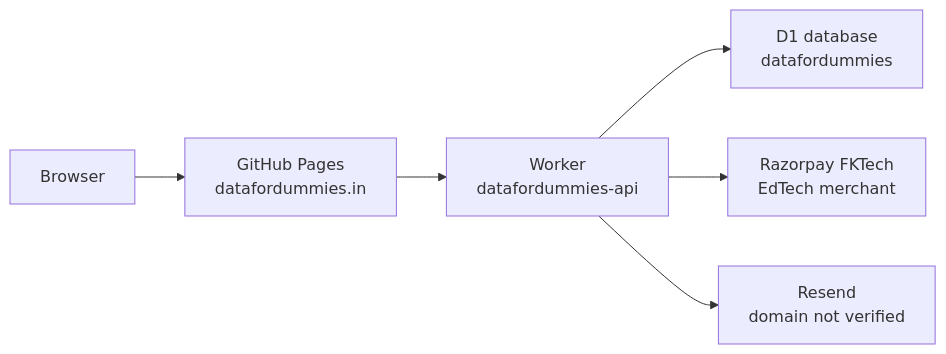
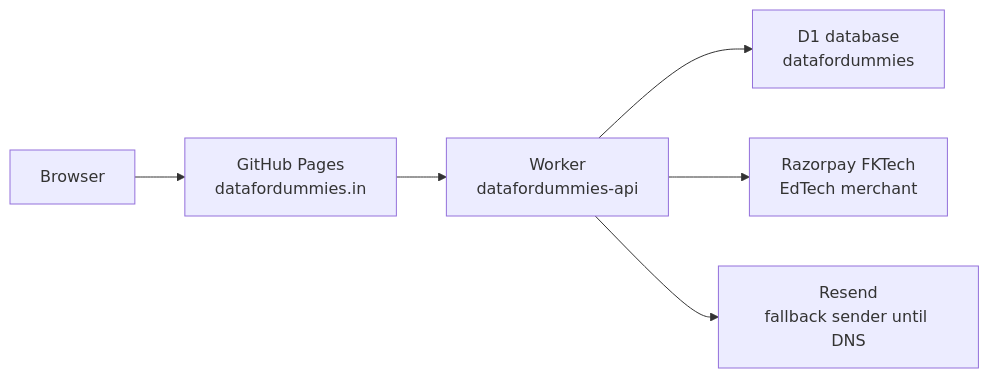
Before and after one commit to fkhambaty/datafordummies: the diagram in ARCHITECTURE.md, drawn with Mermaid. The commit also changed other lines of this file and 11 other files, not shown here.

````diff
--- a/ARCHITECTURE.md
+++ b/ARCHITECTURE.md
@@ -30,14 +30,14 @@
 ```mermaid
 flowchart LR
   browser[Browser]
   pages["GitHub Pages<br/>datafordummies.in"]
   worker["Worker<br/>datafordummies-api"]
   d1["D1 database<br/>datafordummies"]
   razor["Razorpay FKTech<br/>EdTech merchant"]
-  mail["Resend<br/>domain not verified"]
+  mail["Resend<br/>fallback sender until DNS"]
   browser --> pages
   pages --> worker
   worker --> d1
   worker --> razor
   worker --> mail
 ```
````
